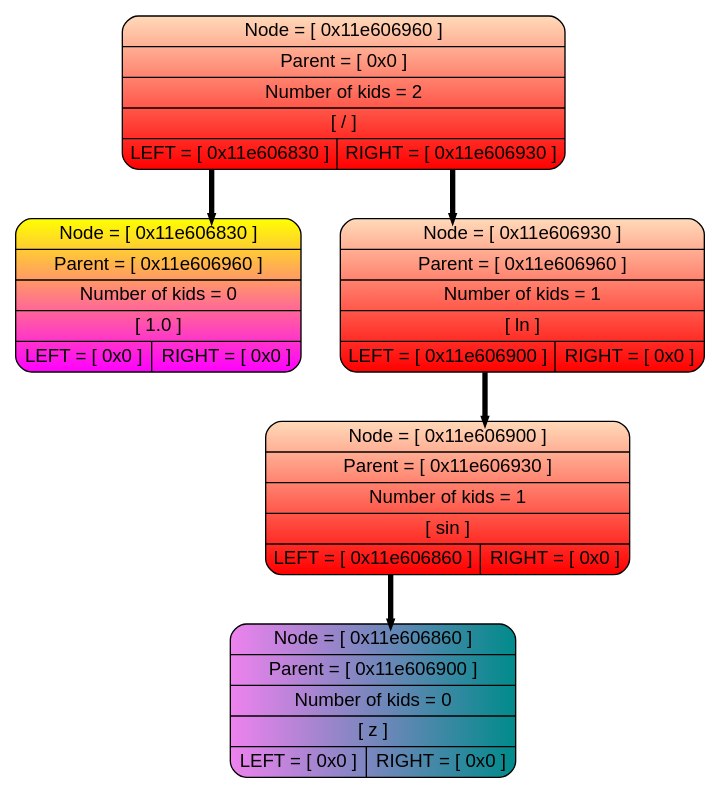
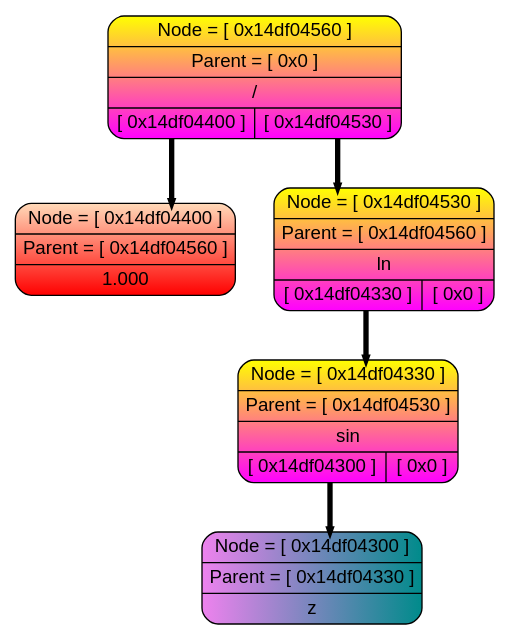
One commit to livlavr/Differentiator changed the diagram in Dump-source/dump.dot. Above: the diagram before and after it, drawn with Graphviz. The commit also changed 13 other files, not shown here.

```diff
--- a/Dump-source/dump.dot
+++ b/Dump-source/dump.dot
@@ -1,16 +1,16 @@
 digraph tree{
 splines=ortho;
 rankdir=HR;
 nodesep=0.4;
 node [shape=record, fontname="Arial"];
 edge [style=bold, color="black", weight=10, penwidth=4, arrowsize=0.2];
-P0x11e606960 [style = "filled, rounded", fillcolor="peachpuff:red" gradientangle=270,label=" {Node = [ 0x11e606960 ] | Parent = [ 0x0 ] | Number of kids = 2 |[ / ] | { <l> LEFT = [ 0x11e606830 ] | <r> RIGHT = [ 0x11e606930 ]}}" ];
-P0x11e606830 [style = "filled, rounded", fillcolor="yellow:magenta" gradientangle=270,label=" {Node = [ 0x11e606830 ] | Parent = [ 0x11e606960 ] | Number of kids = 0 | [ 1.0 ] | { <l> LEFT = [ 0x0 ] | <r> RIGHT = [ 0x0 ]}}" ];
-P0x11e606930 [style = "filled, rounded", fillcolor="peachpuff:red" gradientangle=270,label=" {Node = [ 0x11e606930 ] | Parent = [ 0x11e606960 ] | Number of kids = 1 |[ ln ] | { <l> LEFT = [ 0x11e606900 ] | <r> RIGHT = [ 0x0 ]}}" ];
-P0x11e606900 [style = "filled, rounded", fillcolor="peachpuff:red" gradientangle=270,label=" {Node = [ 0x11e606900 ] | Parent = [ 0x11e606930 ] | Number of kids = 1 |[ sin ] | { <l> LEFT = [ 0x11e606860 ] | <r> RIGHT = [ 0x0 ]}}" ];
-P0x11e606860 [style = "filled, rounded", fillcolor="violet:darkcyan"label=" {Node = [ 0x11e606860 ] | Parent = [ 0x11e606900 ] | Number of kids = 0 |[ z ] | { <l> LEFT = [ 0x0 ] | <r> RIGHT = [ 0x0 ]}}" ];
-P0x11e606900:<l> -> P0x11e606860
-P0x11e606930:<l> -> P0x11e606900
-P0x11e606960:<l> -> P0x11e606830
-P0x11e606960:<r> -> P0x11e606930
+P0x14df04560 [style = "filled, rounded", fillcolor="yellow:magenta" gradientangle=270,label=" {Node = [ 0x14df04560 ] | Parent = [ 0x0 ] | / | { <l> [ 0x14df04400 ] | <r> [ 0x14df04530 ]}}" ];
+P0x14df04400 [style = "filled, rounded", fillcolor="peachpuff:red" gradientangle=270,label=" {Node = [ 0x14df04400 ] | Parent = [ 0x14df04560 ] | 1.000 }" ];
+P0x14df04530 [style = "filled, rounded", fillcolor="yellow:magenta" gradientangle=270,label=" {Node = [ 0x14df04530 ] | Parent = [ 0x14df04560 ] | ln | { <l> [ 0x14df04330 ] | <r> [ 0x0 ]}}" ];
+P0x14df04330 [style = "filled, rounded", fillcolor="yellow:magenta" gradientangle=270,label=" {Node = [ 0x14df04330 ] | Parent = [ 0x14df04530 ] | sin | { <l> [ 0x14df04300 ] | <r> [ 0x0 ]}}" ];
+P0x14df04300 [style = "filled, rounded", fillcolor="violet:darkcyan"label=" {Node = [ 0x14df04300 ] | Parent = [ 0x14df04330 ] | z }" ];
+P0x14df04330:<l> -> P0x14df04300
+P0x14df04530:<l> -> P0x14df04330
+P0x14df04560:<l> -> P0x14df04400
+P0x14df04560:<r> -> P0x14df04530
 }
```
